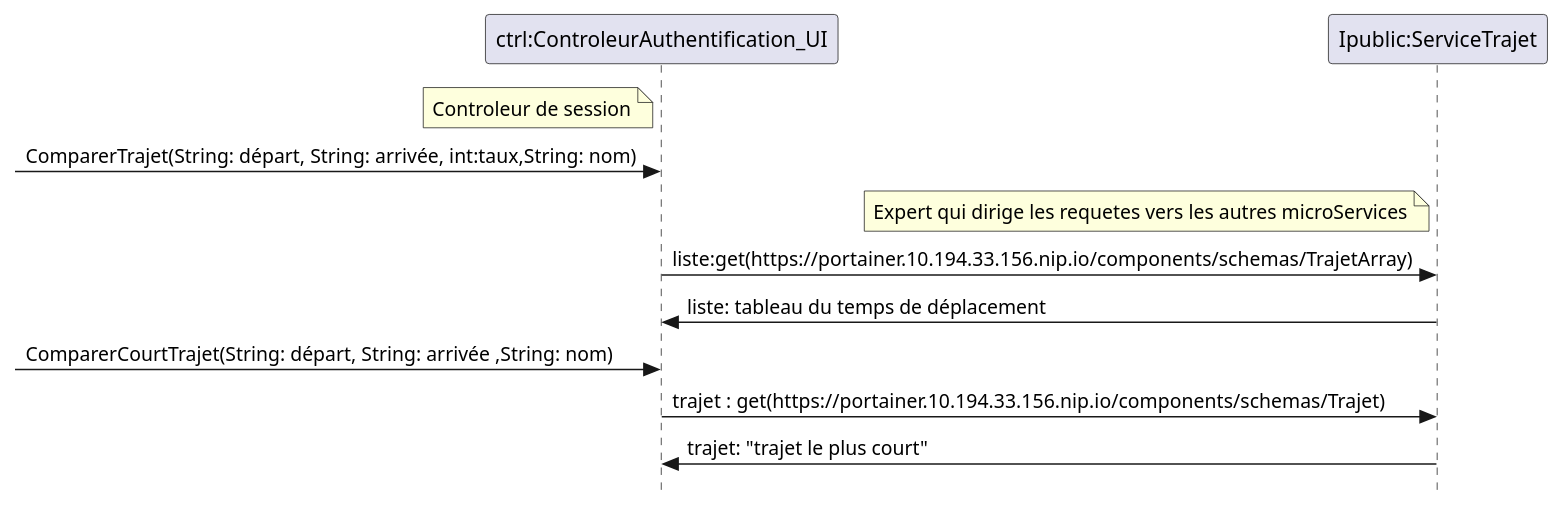
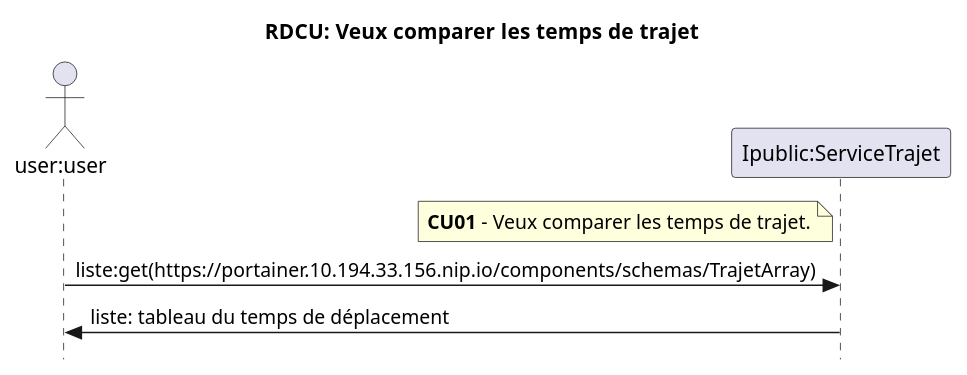
The diagram in doc/plantuml/RDCU_Equipe6/Service_trajet_rdcu.plantuml (LOG430-MicroServices/LOG430-STM), drawn with PlantUML before and after one commit. The commit also changed 8 other files, not shown here.

First line of the commit message:
mise à jour des diagrammes

```diff
--- a/doc/plantuml/RDCU_Equipe6/Service_trajet_rdcu.plantuml
+++ b/doc/plantuml/RDCU_Equipe6/Service_trajet_rdcu.plantuml
@@ -1,16 +1,11 @@
 @startuml
+title RDCU:  Veux comparer les temps de trajet
 skinparam Style strictuml
-participant "ctrl:ControleurAuthentification_UI" as ctrl
+actor "user:user" as ctrl
 participant "Ipublic:ServiceTrajet" as Ipublic
-
-note left of ctrl: Controleur de session
--> ctrl: ComparerTrajet(String: départ, String: arrivée, int:taux,String: nom)
-note left of Ipublic: Expert qui dirige les requetes vers les autres microServices
+note left of Ipublic:**CU01** - Veux comparer les temps de trajet.
 ctrl -> Ipublic: liste:get(https://portainer.10.194.33.156.nip.io/components/schemas/TrajetArray) 
 Ipublic -> ctrl: liste: tableau du temps de déplacement
 
--> ctrl: ComparerCourtTrajet(String: départ, String: arrivée ,String: nom)
-ctrl -> Ipublic: trajet : get(https://portainer.10.194.33.156.nip.io/components/schemas/Trajet)
-Ipublic -> ctrl:  trajet: "trajet le plus court"
 
-@enduml
+@endumlS
```
